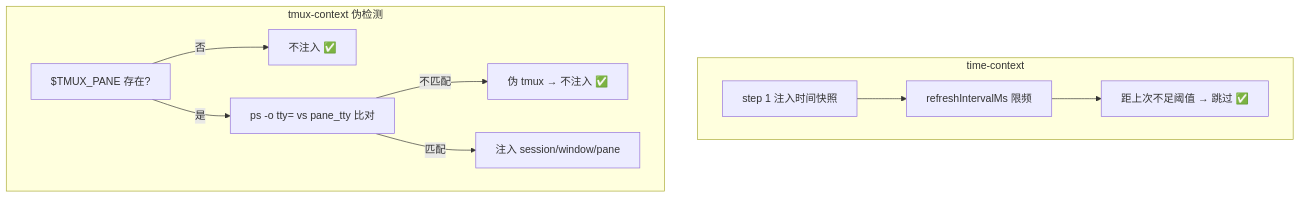
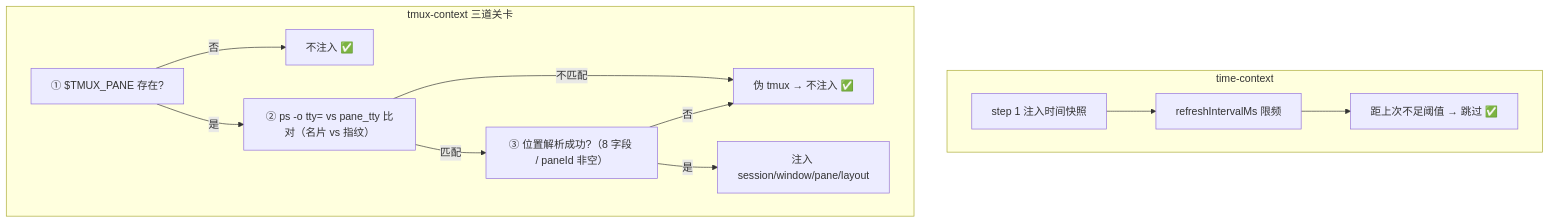
Before and after one commit to huzhiwu1/ai-agent-code-lab: the seventh of 9 diagrams in docs/dsh-context-analysis.md, drawn with Mermaid. The commit also changed other lines of this file, not shown here.

Commit message:
docs: dsh-context 分析文档同步 step-06/07 重写 + 新增 step-08 总装章节（实测输出更新：入队前读快照/tag-safe 对比/七层接力 token 对比），同步飞书 revision 26

````diff
--- a/docs/dsh-context-analysis.md
+++ b/docs/dsh-context-analysis.md
@@ -803,13 +805,15 @@
 ```mermaid
 flowchart TB
     subgraph "time-context"
         A["step 1 注入时间快照"] --> B["refreshIntervalMs 限频"]
         B --> C["距上次不足阈值 → 跳过 ✅"]
     end
-    subgraph "tmux-context 伪检测"
-        D["$TMUX_PANE 存在?"] -->|"否"| E["不注入 ✅"]
-        D -->|"是"| F["ps -o tty= vs pane_tty 比对"]
+    subgraph "tmux-context 三道关卡"
+        D["① $TMUX_PANE 存在?"] -->|"否"| E["不注入 ✅"]
+        D -->|"是"| F["② ps -o tty= vs pane_tty 比对（名片 vs 指纹）"]
         F -->|"不匹配"| G["伪 tmux → 不注入 ✅"]
-        F -->|"匹配"| H["注入 session/window/pane"]
+        F -->|"匹配"| H["③ 位置解析成功?（8 字段 / paneId 非空）"]
+        H -->|"否"| G
+        H -->|"是"| I["注入 session/window/pane/layout"]
     end
 ```
````
